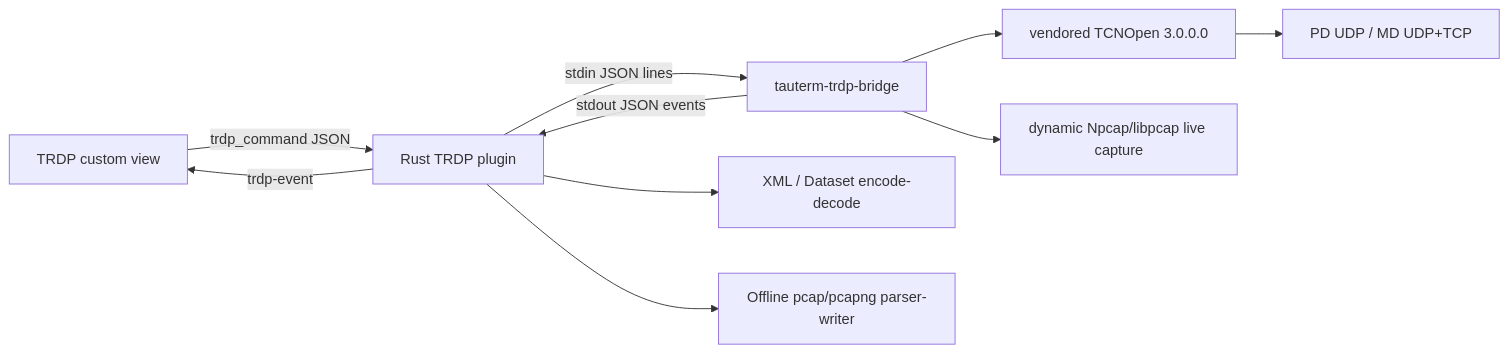
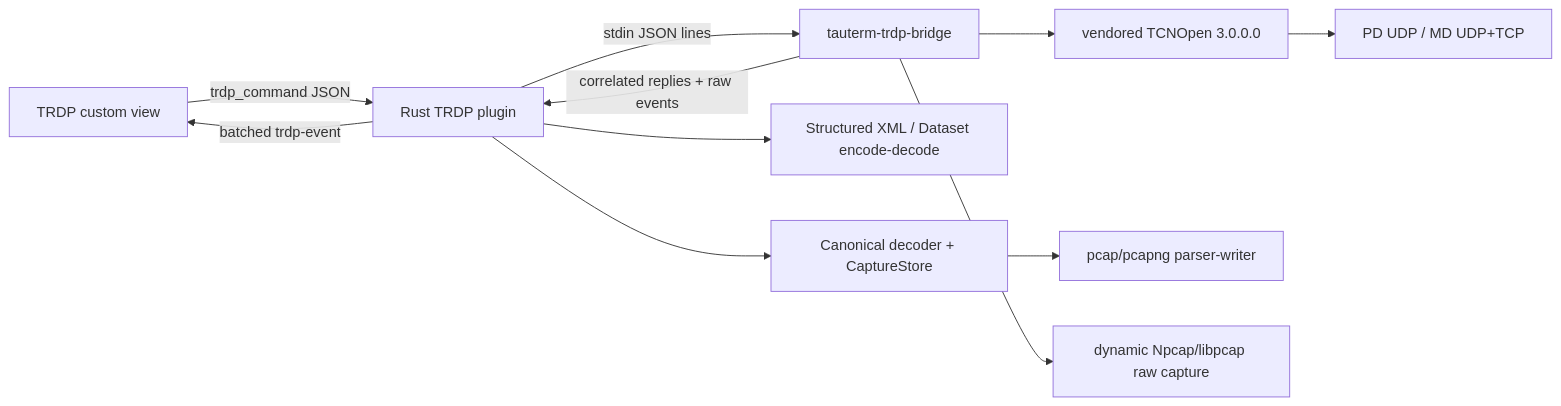
The third of 5 diagrams in docs/ARCHITECTURE.md (hamburger-os/TauTerm), drawn with Mermaid before and after one commit. The commit also changed other lines of this file, not shown here.

Commit message:
docs: update TRDP architecture in existing design document

````diff
--- a/docs/ARCHITECTURE.md
+++ b/docs/ARCHITECTURE.md
@@ -212,12 +212,13 @@
 ```mermaid
 graph LR
     UI[TRDP custom view] -->|trdp_command JSON| Rust[Rust TRDP plugin]
     Rust -->|stdin JSON lines| Bridge[tauterm-trdp-bridge]
     Bridge --> TCN[vendored TCNOpen 3.0.0.0]
     TCN --> NET[PD UDP / MD UDP+TCP]
-    Bridge -->|stdout JSON events| Rust
-    Rust -->|trdp-event| UI
-    Rust --> XML[XML / Dataset encode-decode]
-    Rust --> PCAP[Offline pcap/pcapng parser-writer]
-    Bridge --> PCAPLIVE[dynamic Npcap/libpcap live capture]
+    Bridge -->|correlated replies + raw events| Rust
+    Rust -->|batched trdp-event| UI
+    Rust --> XML[Structured XML / Dataset encode-decode]
+    Rust --> CAPTURE[Canonical decoder + CaptureStore]
+    CAPTURE --> PCAP[pcap/pcapng parser-writer]
+    Bridge --> PCAPLIVE[dynamic Npcap/libpcap raw capture]
 ```
````
